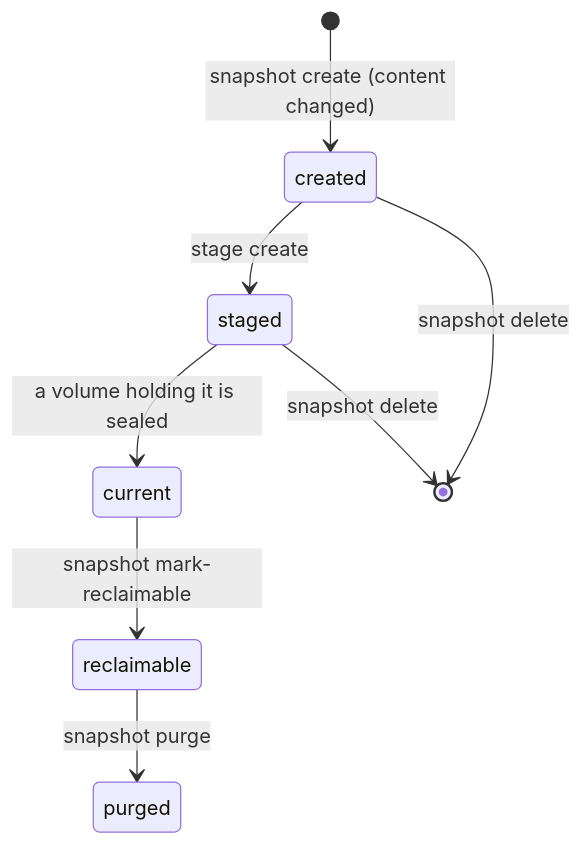
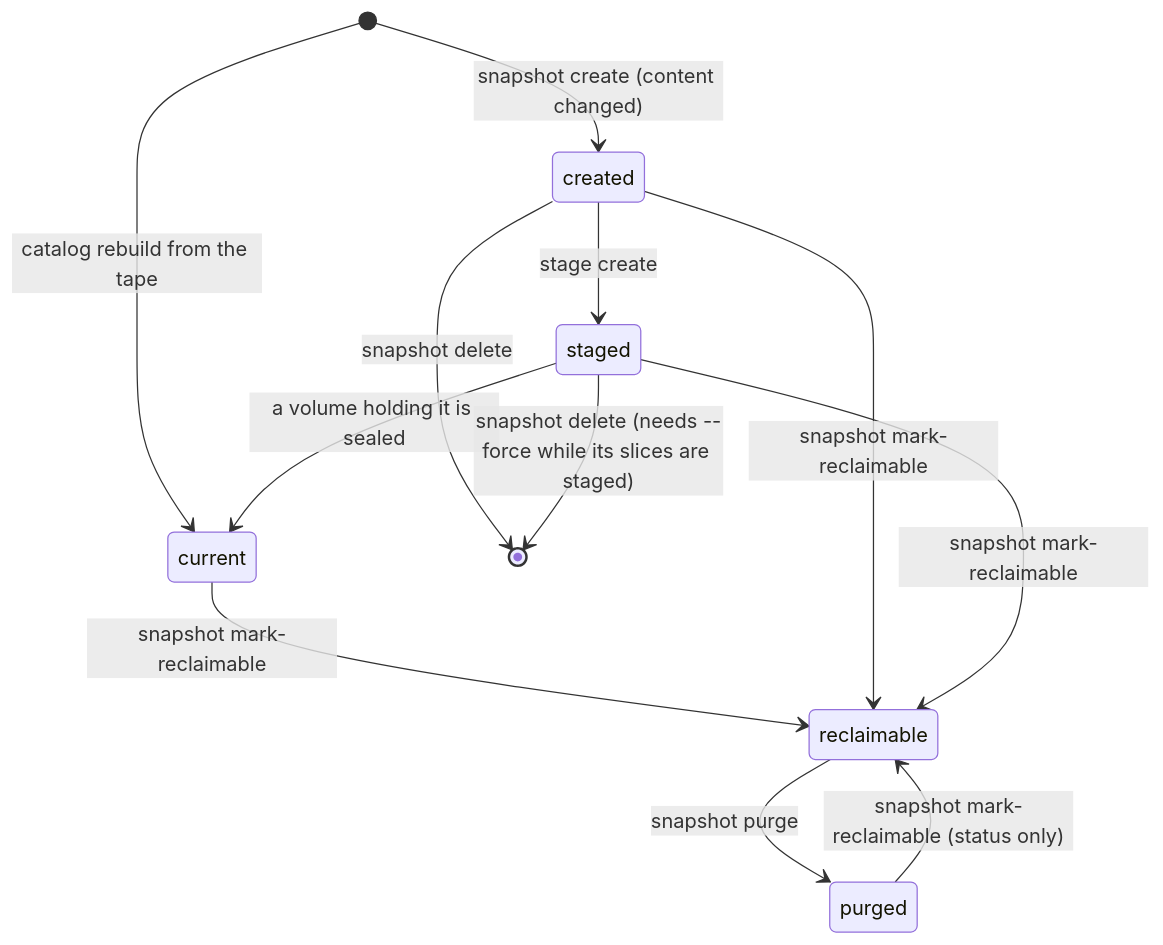
The sixth of 7 diagrams in docs/concepts.md (mikmorg/tapectl), drawn with Mermaid before and after one commit. The commit also changed other lines of this file and 13 other files, not shown here.

````diff
--- a/docs/concepts.md
+++ b/docs/concepts.md
@@ -616,10 +744,14 @@
 ```mermaid
 stateDiagram-v2
     [*] --> created : snapshot create (content changed)
+    [*] --> current : catalog rebuild from the tape
     created --> staged : stage create
     staged --> current : a volume holding it is sealed
     current --> reclaimable : snapshot mark-reclaimable
+    created --> reclaimable : snapshot mark-reclaimable
+    staged --> reclaimable : snapshot mark-reclaimable
     reclaimable --> purged : snapshot purge
+    purged --> reclaimable : snapshot mark-reclaimable (status only)
     created --> [*] : snapshot delete
-    staged --> [*] : snapshot delete
+    staged --> [*] : snapshot delete (needs --force while its slices are staged)
 ```
````
